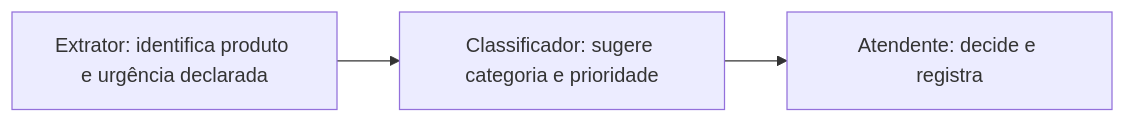
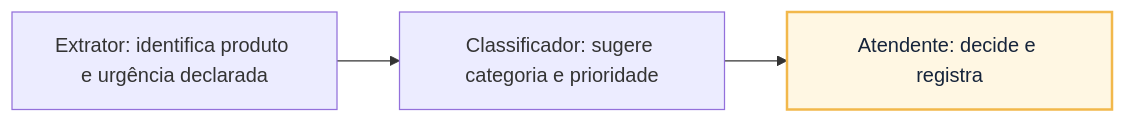
Before and after one commit to aulas-marco/arquitetura-solucoes-ia-generativa: the second of 5 diagrams in docs/modulo-2-desenho-conceitual/conceitos.md, drawn with Mermaid. The commit also changed other lines of this file and 3 other files, not shown here.

First line of the commit message:
Adiciona cores semânticas aos diagramas e explica as seções analíticas do exemplo arquitetural

````diff
--- a/docs/modulo-2-desenho-conceitual/conceitos.md
+++ b/docs/modulo-2-desenho-conceitual/conceitos.md
@@ -75,5 +80,8 @@
 ```mermaid
 flowchart LR
     EXT[Extrator: identifica produto e urgência declarada] --> CLS[Classificador: sugere categoria e prioridade]
     CLS --> ATE[Atendente: decide e registra]
+
+    classDef humano fill:#FFF7E3,stroke:#F2B84B,stroke-width:2px,color:#16243A;
+    class ATE humano;
 ```
````
